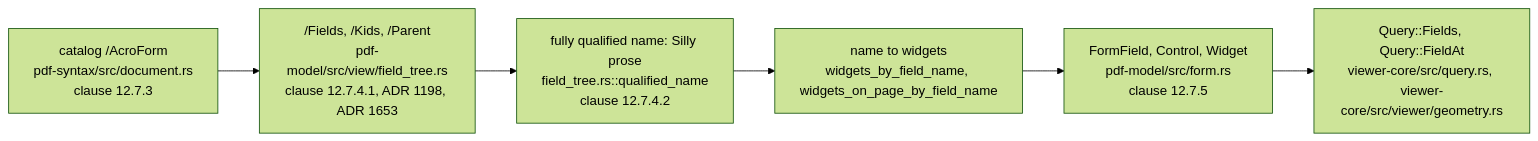
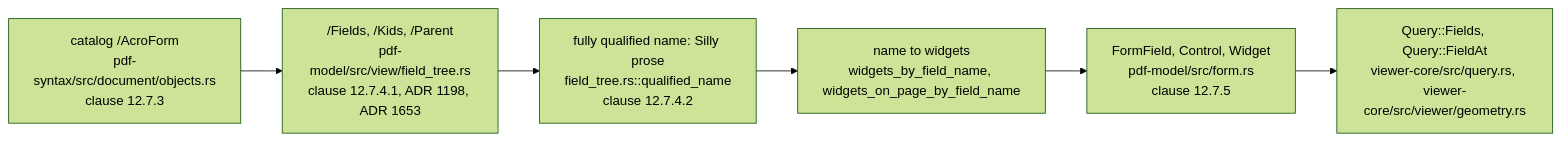
Before and after one commit to close2/pdf-viewer: the second of 7 diagrams in doc/teaching/how-a-form-field-is-filled.md, drawn with Mermaid (forest theme). The commit also changed other lines of this file and 155 other files, not shown here.

````diff
--- a/doc/teaching/how-a-form-field-is-filled.md
+++ b/doc/teaching/how-a-form-field-is-filled.md
@@ -137,15 +137,15 @@
 ```mermaid
 flowchart LR
-    CAT["catalog /AcroForm<br/>pdf-syntax/src/document.rs<br/>clause 12.7.3"]
+    CAT["catalog /AcroForm<br/>pdf-syntax/src/document/objects.rs<br/>clause 12.7.3"]
     FIELDS["/Fields, /Kids, /Parent<br/>pdf-model/src/view/field_tree.rs<br/>clause 12.7.4.1, ADR 1198, ADR 1653"]
     NAME["fully qualified name: Silly prose<br/>field_tree.rs::qualified_name<br/>clause 12.7.4.2"]
     TABLE["name to widgets<br/>widgets_by_field_name, widgets_on_page_by_field_name"]
     DESC["FormField, Control, Widget<br/>pdf-model/src/form.rs<br/>clause 12.7.5"]
     ASK["Query::Fields, Query::FieldAt<br/>viewer-core/src/query.rs, viewer-core/src/viewer/geometry.rs"]
 
     CAT --> FIELDS
     FIELDS --> NAME
     NAME --> TABLE
     TABLE --> DESC
     DESC --> ASK
 ```
````
